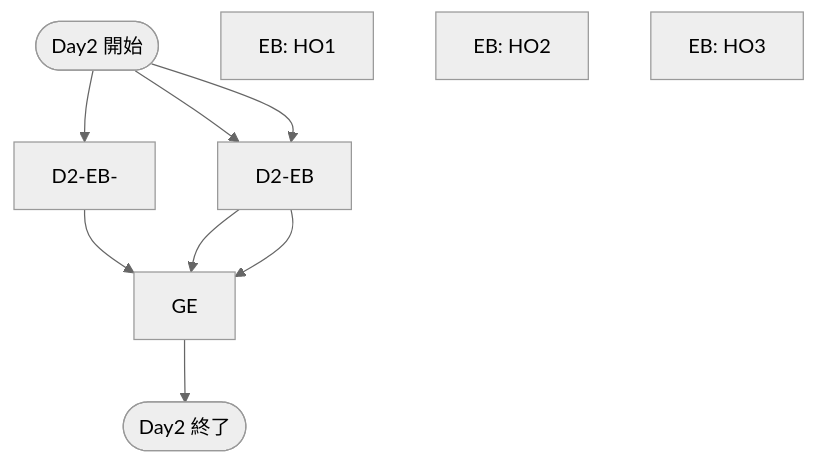
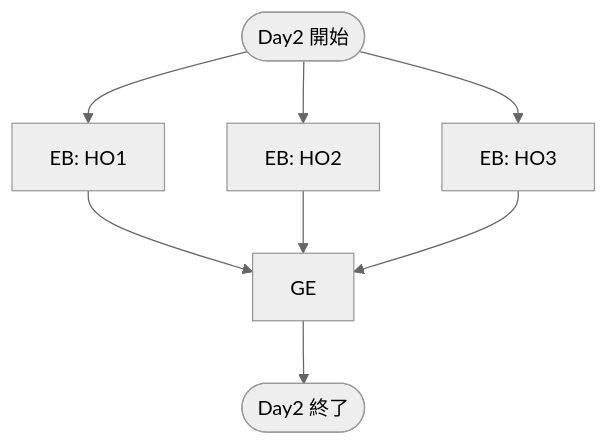
Before and after one commit to KarasuTatehi/last-resort-disturbance: the second of 3 diagrams in specs/routing.md, drawn with Mermaid (neutral theme). The commit also changed other lines of this file, not shown here.

````diff
--- a/specs/routing.md
+++ b/specs/routing.md
@@ -34,14 +34,14 @@
 ```mermaid
 flowchart TD
 D2S([Day2 開始])
 D2-EB-HO1["EB: HO1"]
 D2-EB-HO2["EB: HO2"]
 D2-EB-HO3["EB: HO3"]
 D2-GE["GE"]
 D2E([Day2 終了])
 
 D2S -->
-D2-EB- & D2-EB & D2-EB -->
+D2-EB-HO1 & D2-EB-HO2 & D2-EB-HO3 -->
 D2-GE -->
 D2E
 ```
````
